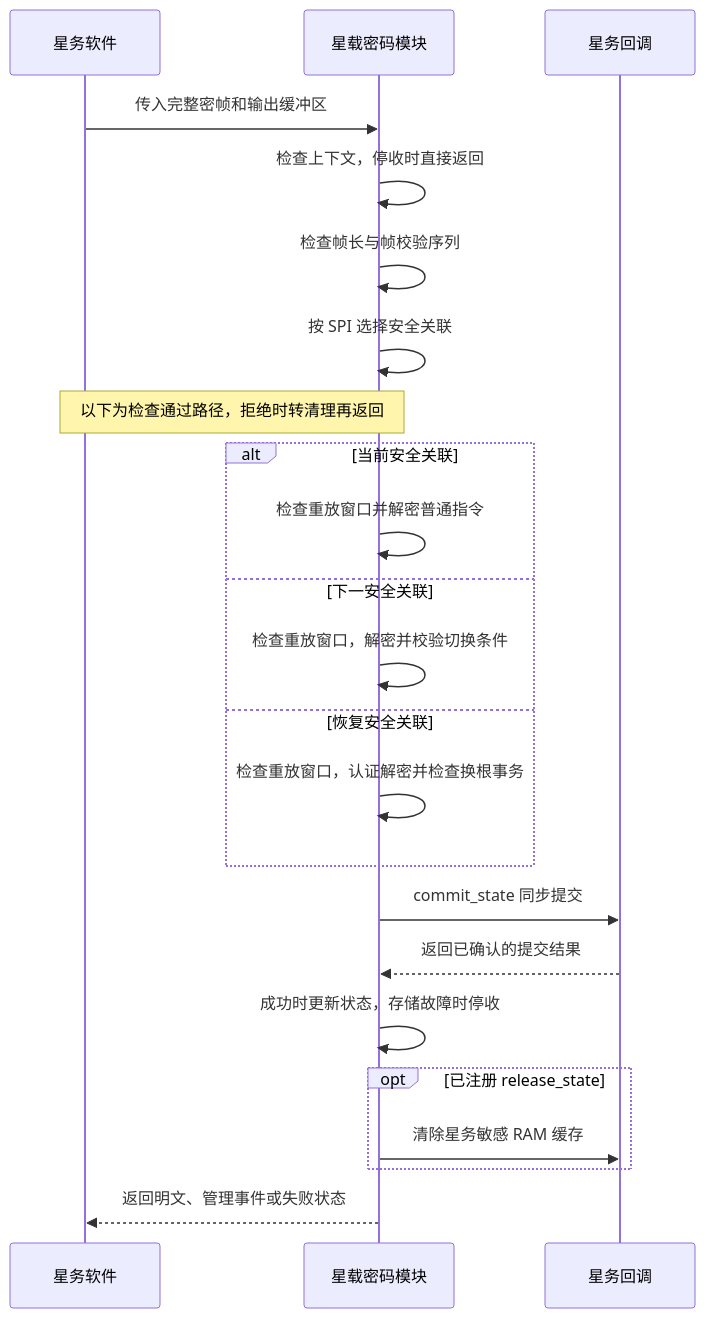
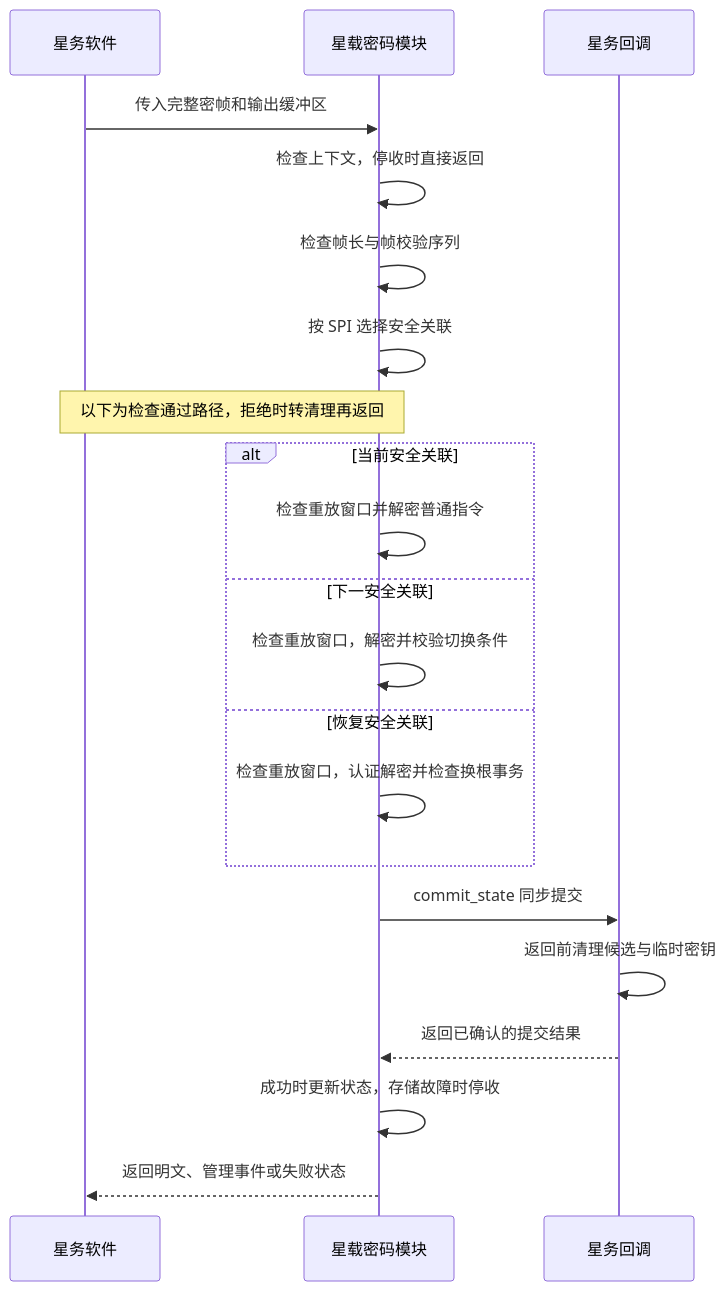
Before and after one commit to HangzeGao/key-vault: the fourth of 11 diagrams in docs/FLIGHT_INTERFACE_MANUAL.md, drawn with Mermaid. The commit also changed other lines of this file and 7 other files, not shown here.

````diff
--- a/docs/FLIGHT_INTERFACE_MANUAL.md
+++ b/docs/FLIGHT_INTERFACE_MANUAL.md
@@ -656,25 +645,23 @@
 ```mermaid
 sequenceDiagram
     participant S as 星务软件
     participant C as 星载密码模块
     participant P as 星务回调
     S->>C: 传入完整密帧和输出缓冲区
     C->>C: 检查上下文，停收时直接返回
     C->>C: 检查帧长与帧校验序列
     C->>C: 按 SPI 选择安全关联
     Note over S,C: 以下为检查通过路径，拒绝时转清理再返回
     alt 当前安全关联
         C->>C: 检查重放窗口并解密普通指令
     else 下一安全关联
         C->>C: 检查重放窗口，解密并校验切换条件
     else 恢复安全关联
         C->>C: 检查重放窗口，认证解密并检查换根事务
     end
     C->>P: commit_state 同步提交
+    P->>P: 返回前清理候选与临时密钥
     P-->>C: 返回已确认的提交结果
     C->>C: 成功时更新状态，存储故障时停收
-    opt 已注册 release_state
-        C->>P: 清除星务敏感 RAM 缓存
-    end
     C-->>S: 返回明文、管理事件或失败状态
 ```
````
